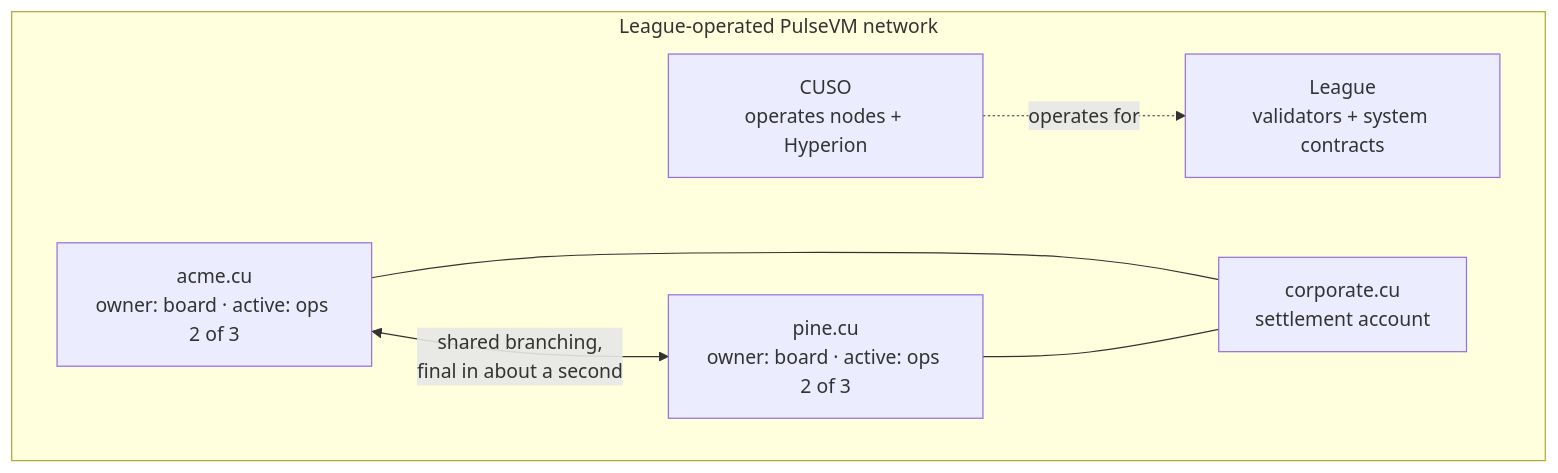
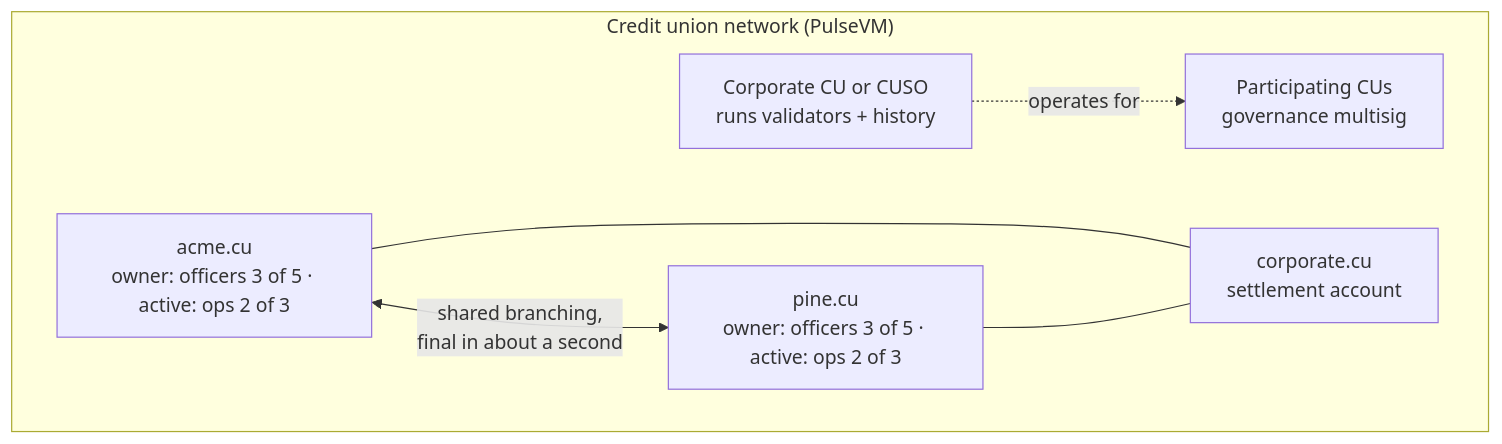
Before and after one commit to paulgnz/pulsevm-docs: the diagram in docs/institutions/credit-unions.md, drawn with Mermaid. The commit also changed other lines of this file and 15 other files, not shown here.

````diff
--- a/docs/institutions/credit-unions.md
+++ b/docs/institutions/credit-unions.md
@@ -81,14 +82,14 @@
 ```mermaid
 flowchart TD
-  subgraph net["League-operated PulseVM network"]
-    league["League<br/>validators + system contracts"]
-    cuso["CUSO<br/>operates nodes + Hyperion"]
+  subgraph net["Credit union network (PulseVM)"]
+    gov["Participating CUs<br/>governance multisig"]
+    cuso["Corporate CU or CUSO<br/>runs validators + history"]
     corp["corporate.cu<br/>settlement account"]
-    a["acme.cu<br/>owner: board · active: ops 2 of 3"]
-    p["pine.cu<br/>owner: board · active: ops 2 of 3"]
+    a["acme.cu<br/>owner: officers 3 of 5 · active: ops 2 of 3"]
+    p["pine.cu<br/>owner: officers 3 of 5 · active: ops 2 of 3"]
   end
   a <-->|"shared branching,<br/>final in about a second"| p
   a --- corp
   p --- corp
-  cuso -.->|"operates for"| league
+  cuso -.->|"operates for"| gov
 ```
````
